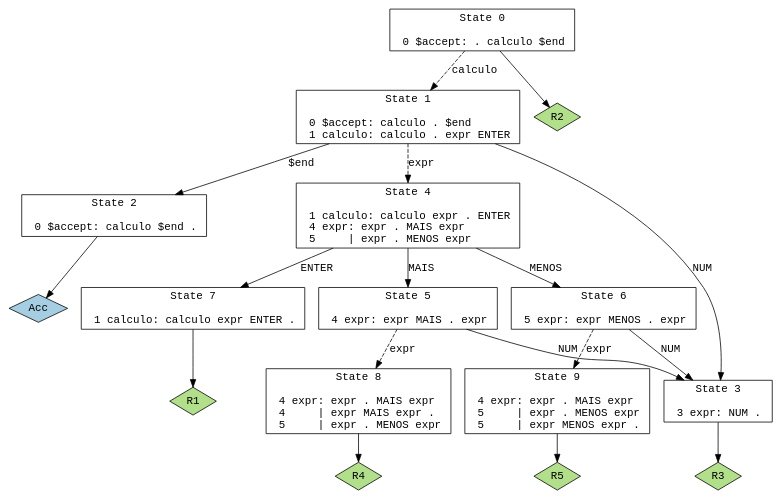
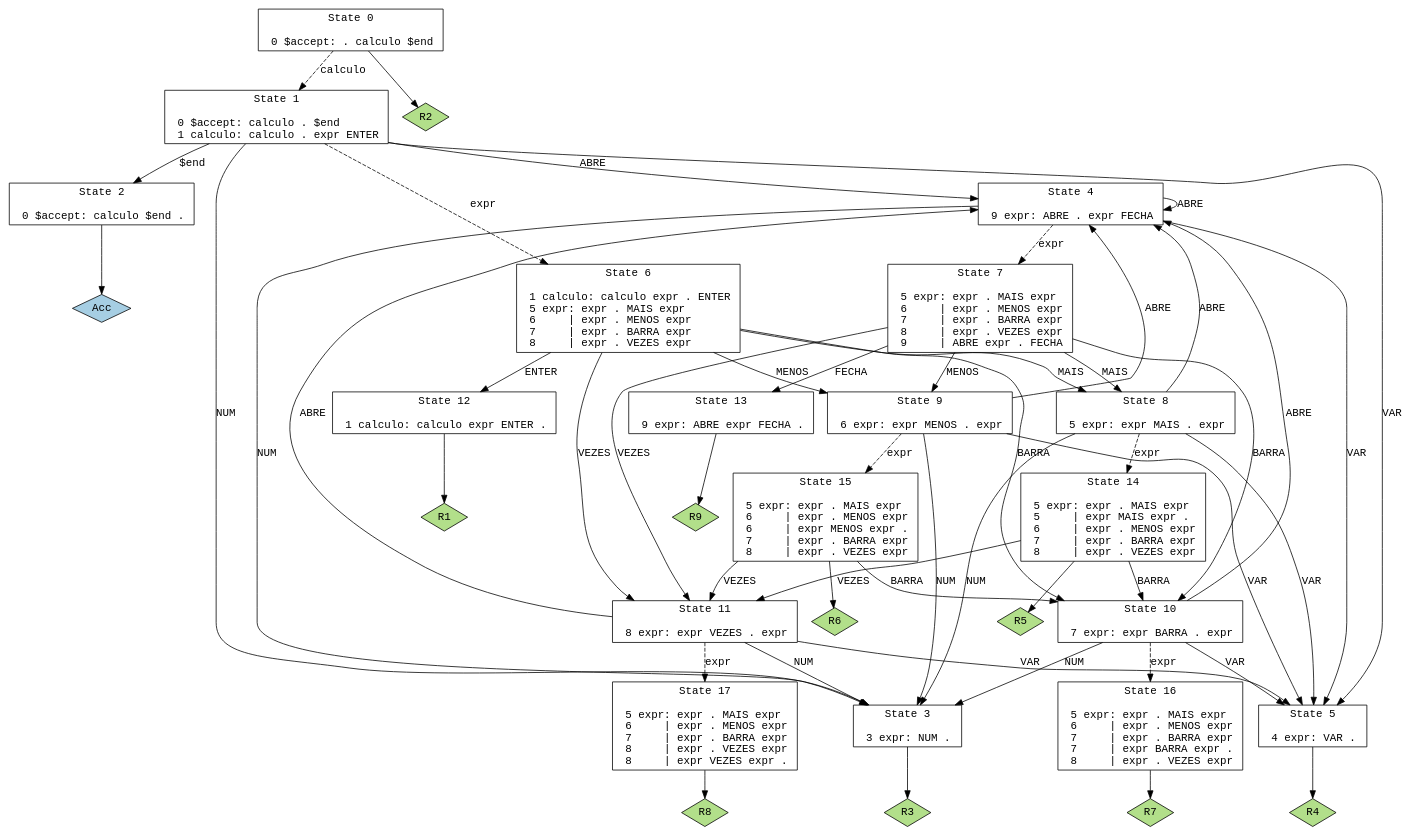
Before and after one commit to giandoso/Compiladores: the diagram in calc/calc.dot, drawn with Graphviz. The commit also changed 7 other files, not shown here.

```diff
--- a/calc/calc.dot
+++ b/calc/calc.dot
@@ -1,43 +1,88 @@
 // Generated by GNU Bison 3.5.1.
 // Report bugs to <bug-bison@gnu.org>.
 // Home page: <https://www.gnu.org/software/bison/>.
 
 digraph "calc.y"
 {
   node [fontname = courier, shape = box, colorscheme = paired6]
   edge [fontname = courier]
 
   0 [label="State 0\n\l  0 $accept: . calculo $end\l"]
   0 -> 1 [style=dashed label="calculo"]
   0 -> "0R2" [style=solid]
  "0R2" [label="R2", fillcolor=3, shape=diamond, style=filled]
   1 [label="State 1\n\l  0 $accept: calculo . $end\l  1 calculo: calculo . expr ENTER\l"]
   1 -> 2 [style=solid label="$end"]
   1 -> 3 [style=solid label="NUM"]
-  1 -> 4 [style=dashed label="expr"]
+  1 -> 4 [style=solid label="ABRE"]
+  1 -> 5 [style=solid label="VAR"]
+  1 -> 6 [style=dashed label="expr"]
   2 [label="State 2\n\l  0 $accept: calculo $end .\l"]
   2 -> "2R0" [style=solid]
  "2R0" [label="Acc", fillcolor=1, shape=diamond, style=filled]
   3 [label="State 3\n\l  3 expr: NUM .\l"]
   3 -> "3R3" [style=solid]
  "3R3" [label="R3", fillcolor=3, shape=diamond, style=filled]
-  4 [label="State 4\n\l  1 calculo: calculo expr . ENTER\l  4 expr: expr . MAIS expr\l  5     | expr . MENOS expr\l"]
-  4 -> 5 [style=solid label="MAIS"]
-  4 -> 6 [style=solid label="MENOS"]
-  4 -> 7 [style=solid label="ENTER"]
-  5 [label="State 5\n\l  4 expr: expr MAIS . expr\l"]
-  5 -> 3 [style=solid label="NUM"]
-  5 -> 8 [style=dashed label="expr"]
-  6 [label="State 6\n\l  5 expr: expr MENOS . expr\l"]
-  6 -> 3 [style=solid label="NUM"]
-  6 -> 9 [style=dashed label="expr"]
-  7 [label="State 7\n\l  1 calculo: calculo expr ENTER .\l"]
-  7 -> "7R1" [style=solid]
- "7R1" [label="R1", fillcolor=3, shape=diamond, style=filled]
-  8 [label="State 8\n\l  4 expr: expr . MAIS expr\l  4     | expr MAIS expr .\l  5     | expr . MENOS expr\l"]
-  8 -> "8R4" [style=solid]
- "8R4" [label="R4", fillcolor=3, shape=diamond, style=filled]
-  9 [label="State 9\n\l  4 expr: expr . MAIS expr\l  5     | expr . MENOS expr\l  5     | expr MENOS expr .\l"]
-  9 -> "9R5" [style=solid]
- "9R5" [label="R5", fillcolor=3, shape=diamond, style=filled]
+  4 [label="State 4\n\l  9 expr: ABRE . expr FECHA\l"]
+  4 -> 3 [style=solid label="NUM"]
+  4 -> 4 [style=solid label="ABRE"]
+  4 -> 5 [style=solid label="VAR"]
+  4 -> 7 [style=dashed label="expr"]
+  5 [label="State 5\n\l  4 expr: VAR .\l"]
+  5 -> "5R4" [style=solid]
+ "5R4" [label="R4", fillcolor=3, shape=diamond, style=filled]
+  6 [label="State 6\n\l  1 calculo: calculo expr . ENTER\l  5 expr: expr . MAIS expr\l  6     | expr . MENOS expr\l  7     | expr . BARRA expr\l  8     | expr . VEZES expr\l"]
+  6 -> 8 [style=solid label="MAIS"]
+  6 -> 9 [style=solid label="MENOS"]
+  6 -> 10 [style=solid label="BARRA"]
+  6 -> 11 [style=solid label="VEZES"]
+  6 -> 12 [style=solid label="ENTER"]
+  7 [label="State 7\n\l  5 expr: expr . MAIS expr\l  6     | expr . MENOS expr\l  7     | expr . BARRA expr\l  8     | expr . VEZES expr\l  9     | ABRE expr . FECHA\l"]
+  7 -> 8 [style=solid label="MAIS"]
+  7 -> 9 [style=solid label="MENOS"]
+  7 -> 13 [style=solid label="FECHA"]
+  7 -> 10 [style=solid label="BARRA"]
+  7 -> 11 [style=solid label="VEZES"]
+  8 [label="State 8\n\l  5 expr: expr MAIS . expr\l"]
+  8 -> 3 [style=solid label="NUM"]
+  8 -> 4 [style=solid label="ABRE"]
+  8 -> 5 [style=solid label="VAR"]
+  8 -> 14 [style=dashed label="expr"]
+  9 [label="State 9\n\l  6 expr: expr MENOS . expr\l"]
+  9 -> 3 [style=solid label="NUM"]
+  9 -> 4 [style=solid label="ABRE"]
+  9 -> 5 [style=solid label="VAR"]
+  9 -> 15 [style=dashed label="expr"]
+  10 [label="State 10\n\l  7 expr: expr BARRA . expr\l"]
+  10 -> 3 [style=solid label="NUM"]
+  10 -> 4 [style=solid label="ABRE"]
+  10 -> 5 [style=solid label="VAR"]
+  10 -> 16 [style=dashed label="expr"]
+  11 [label="State 11\n\l  8 expr: expr VEZES . expr\l"]
+  11 -> 3 [style=solid label="NUM"]
+  11 -> 4 [style=solid label="ABRE"]
+  11 -> 5 [style=solid label="VAR"]
+  11 -> 17 [style=dashed label="expr"]
+  12 [label="State 12\n\l  1 calculo: calculo expr ENTER .\l"]
+  12 -> "12R1" [style=solid]
+ "12R1" [label="R1", fillcolor=3, shape=diamond, style=filled]
+  13 [label="State 13\n\l  9 expr: ABRE expr FECHA .\l"]
+  13 -> "13R9" [style=solid]
+ "13R9" [label="R9", fillcolor=3, shape=diamond, style=filled]
+  14 [label="State 14\n\l  5 expr: expr . MAIS expr\l  5     | expr MAIS expr .\l  6     | expr . MENOS expr\l  7     | expr . BARRA expr\l  8     | expr . VEZES expr\l"]
+  14 -> 10 [style=solid label="BARRA"]
+  14 -> 11 [style=solid label="VEZES"]
+  14 -> "14R5" [style=solid]
+ "14R5" [label="R5", fillcolor=3, shape=diamond, style=filled]
+  15 [label="State 15\n\l  5 expr: expr . MAIS expr\l  6     | expr . MENOS expr\l  6     | expr MENOS expr .\l  7     | expr . BARRA expr\l  8     | expr . VEZES expr\l"]
+  15 -> 10 [style=solid label="BARRA"]
+  15 -> 11 [style=solid label="VEZES"]
+  15 -> "15R6" [style=solid]
+ "15R6" [label="R6", fillcolor=3, shape=diamond, style=filled]
+  16 [label="State 16\n\l  5 expr: expr . MAIS expr\l  6     | expr . MENOS expr\l  7     | expr . BARRA expr\l  7     | expr BARRA expr .\l  8     | expr . VEZES expr\l"]
+  16 -> "16R7" [style=solid]
+ "16R7" [label="R7", fillcolor=3, shape=diamond, style=filled]
+  17 [label="State 17\n\l  5 expr: expr . MAIS expr\l  6     | expr . MENOS expr\l  7     | expr . BARRA expr\l  8     | expr . VEZES expr\l  8     | expr VEZES expr .\l"]
+  17 -> "17R8" [style=solid]
+ "17R8" [label="R8", fillcolor=3, shape=diamond, style=filled]
 }
```
